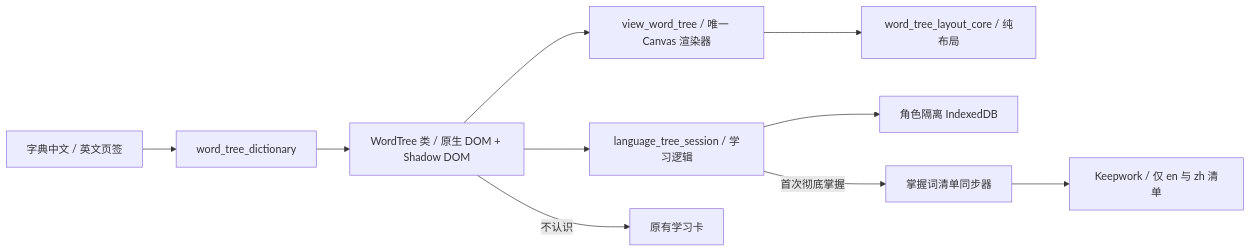
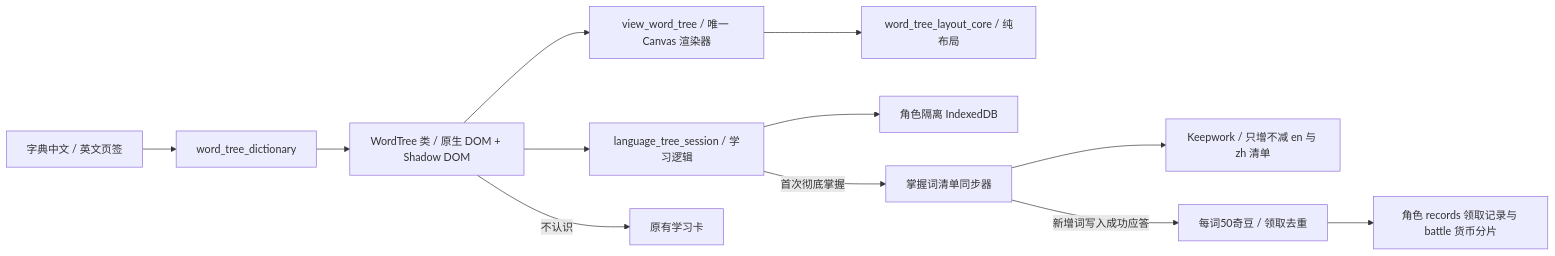
Before and after one commit to LiXizhi/HaqiWebTools: the first of 47 diagrams in HaqiCombatSim/docs/architecture.md, drawn with Mermaid. The commit also changed other lines of this file and 68 other files, not shown here.

````diff
--- a/HaqiCombatSim/docs/architecture.md
+++ b/HaqiCombatSim/docs/architecture.md
@@ -5,12 +5,14 @@
 ```mermaid
 flowchart LR
   Dictionary[字典中文 / 英文页签] --> Adapter[word_tree_dictionary]
   Adapter --> Tree[WordTree 类 / 原生 DOM + Shadow DOM]
   Tree --> Canvas[view_word_tree / 唯一 Canvas 渲染器]
   Canvas --> Layout[word_tree_layout_core / 纯布局]
   Tree --> Session[language_tree_session / 学习逻辑]
   Session --> Local[角色隔离 IndexedDB]
   Tree -->|不认识| Card[原有学习卡]
   Session -->|首次彻底掌握| Sync[掌握词清单同步器]
-  Sync --> Cloud[Keepwork / 仅 en 与 zh 清单]
+  Sync --> Cloud[Keepwork / 只增不减 en 与 zh 清单]
+  Sync -->|新增词写入成功应答| Reward[每词50奇豆 / 领取去重]
+  Reward --> Records[角色 records 领取记录与 battle 货币分片]
 ```
````
